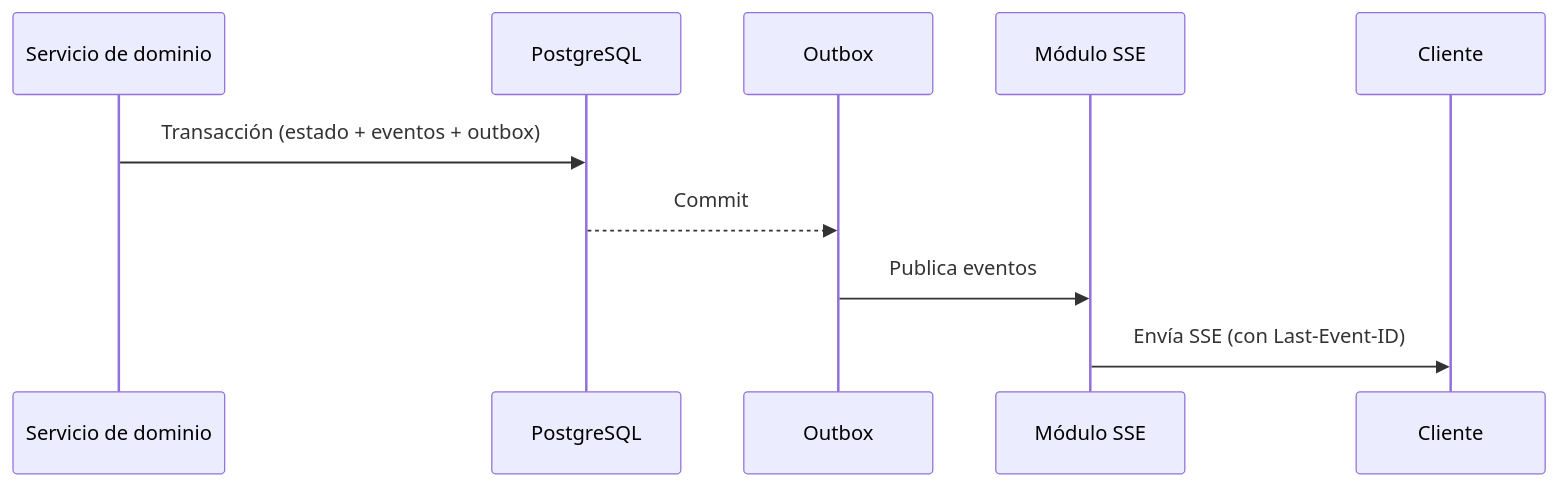
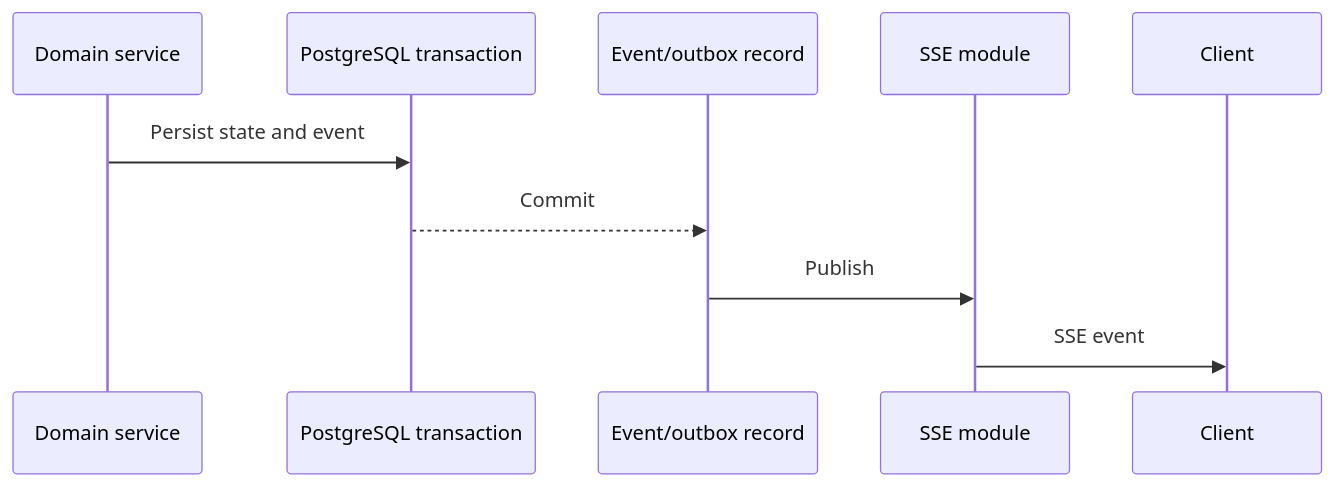
Before and after one commit to Dieguezar/opentournament: the diagram in docs/REALTIME_ARCHITECTURE.md, drawn with Mermaid. The commit also changed other lines of this file and 16 other files, not shown here.

Commit message:
docs(architecture): align English technical reference

````diff
--- a/docs/REALTIME_ARCHITECTURE.md
+++ b/docs/REALTIME_ARCHITECTURE.md
@@ -37,12 +33,12 @@
 ```mermaid
 sequenceDiagram
-  participant S as Servicio de dominio
-  participant DB as PostgreSQL
-  participant OB as Outbox
-  participant SSE as Módulo SSE
-  participant C as Cliente
-  S->>DB: Transacción (estado + eventos + outbox)
-  DB-->>OB: Commit
-  OB->>SSE: Publica eventos
-  SSE->>C: Envía SSE (con Last-Event-ID)
+  participant S as Domain service
+  participant DB as PostgreSQL transaction
+  participant O as Event/outbox record
+  participant E as SSE module
+  participant C as Client
+  S->>DB: Persist state and event
+  DB-->>O: Commit
+  O->>E: Publish
+  E->>C: SSE event
 ```
````
